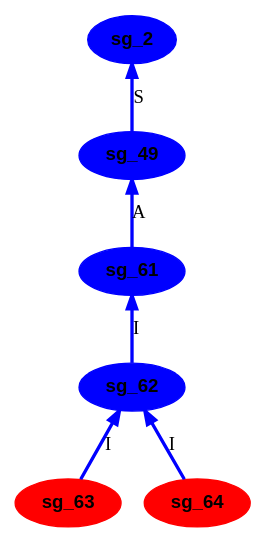
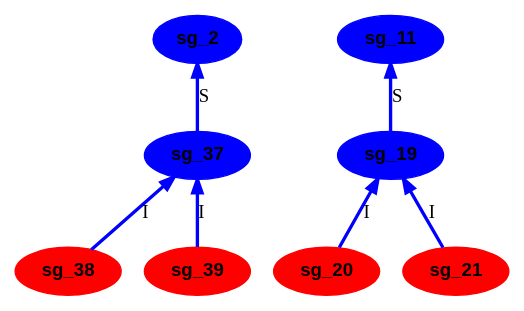
The diagram in TLSAF/graphviz/sec_goal_2.gv (ltpangmao/Tool), drawn with Graphviz before and after one commit. The commit also changed 48 other files, not shown here.

```diff
--- a/TLSAF/graphviz/sec_goal_2.gv
+++ b/TLSAF/graphviz/sec_goal_2.gv
@@ -1,14 +1,17 @@
 digraph G {
 rankdir = BT;
 sg_2[shape=ellipse, fontname="Helvetica-Bold", style = filled, color=blue];
-sg_49[shape=ellipse, fontname="Helvetica-Bold", style = filled, color=blue];
-sg_61[shape=ellipse, fontname="Helvetica-Bold", style = filled, color=blue];
-sg_62[shape=ellipse, fontname="Helvetica-Bold", style = filled, color=blue];
-sg_63[shape=ellipse, fontname="Helvetica-Bold", style = filled, color = red];
-sg_64[shape=ellipse, fontname="Helvetica-Bold", style = filled, color = red];
-sg_49 -> sg_2[label="S", penwidth = 2.5, color=blue];
-sg_61 -> sg_49[label="A", penwidth = 2.5, color=blue];
-sg_62 -> sg_61[label="I", penwidth = 2.5, color=blue];
-sg_63 -> sg_62[label="I", penwidth = 2.5, color=blue];
-sg_64 -> sg_62[label="I", penwidth = 2.5, color=blue];
+sg_11[shape=ellipse, fontname="Helvetica-Bold", style = filled, color=blue];
+sg_19[shape=ellipse, fontname="Helvetica-Bold", style = filled, color=blue];
+sg_20[shape=ellipse, fontname="Helvetica-Bold", style = filled, color = red];
+sg_21[shape=ellipse, fontname="Helvetica-Bold", style = filled, color = red];
+sg_37[shape=ellipse, fontname="Helvetica-Bold", style = filled, color=blue];
+sg_38[shape=ellipse, fontname="Helvetica-Bold", style = filled, color = red];
+sg_39[shape=ellipse, fontname="Helvetica-Bold", style = filled, color = red];
+sg_19 -> sg_11[label="S", penwidth = 2.5, color=blue];
+sg_20 -> sg_19[label="I", penwidth = 2.5, color=blue];
+sg_21 -> sg_19[label="I", penwidth = 2.5, color=blue];
+sg_37 -> sg_2[label="S", penwidth = 2.5, color=blue];
+sg_38 -> sg_37[label="I", penwidth = 2.5, color=blue];
+sg_39 -> sg_37[label="I", penwidth = 2.5, color=blue];
 }
```
